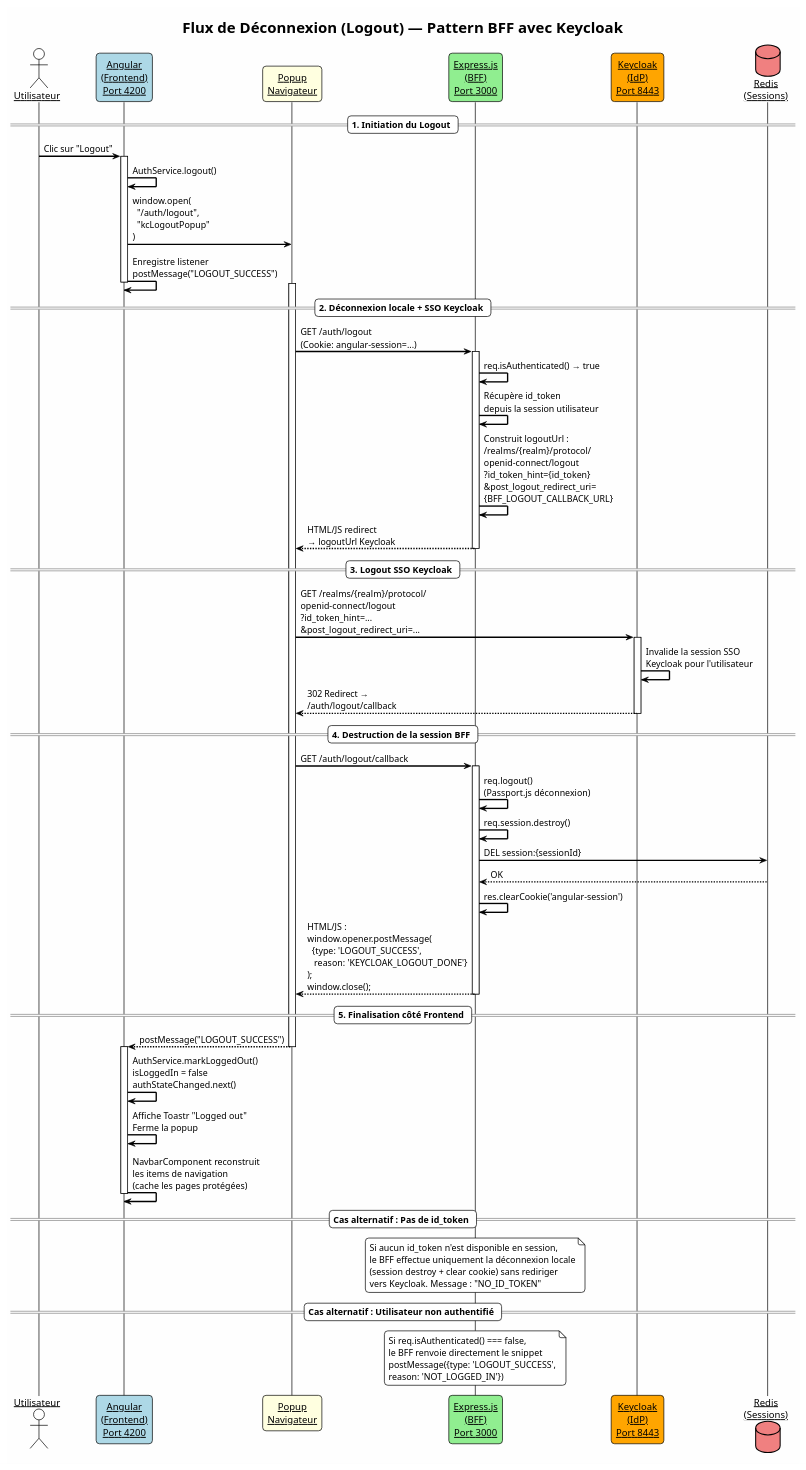
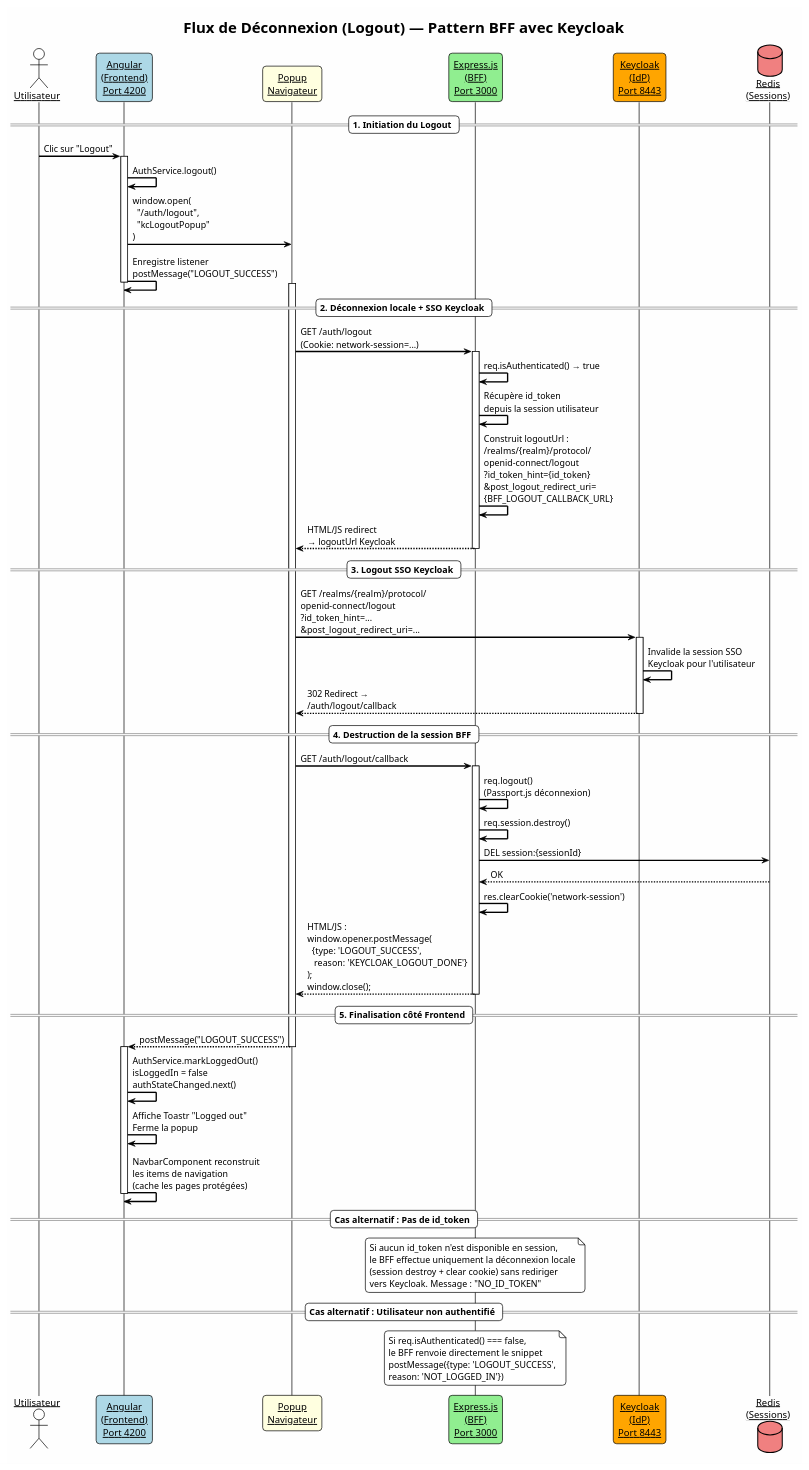
One commit to faliherizo/BFF-COOKIE-HTTPONLY changed the diagram in docs/diagrams/sequence-logout.puml. Above: the diagram before and after it, drawn with PlantUML. The commit also changed 272 other files, not shown here.

```diff
--- a/docs/diagrams/sequence-logout.puml
+++ b/docs/diagrams/sequence-logout.puml
@@ -1,85 +1,85 @@
 @startuml sequence-logout
 !theme plain
 skinparam backgroundColor #FEFEFE
 skinparam sequenceArrowThickness 2
 skinparam roundcorner 10
 skinparam sequenceParticipant underline
 
 title Flux de Déconnexion (Logout) — Pattern BFF avec Keycloak
 
 actor "Utilisateur" as User
 participant "Angular\n(Frontend)\nPort 4200" as FE #LightBlue
 participant "Popup\nNavigateur" as Popup #LightYellow
 participant "Express.js\n(BFF)\nPort 3000" as BFF #LightGreen
 participant "Keycloak\n(IdP)\nPort 8443" as KC #Orange
 database "Redis\n(Sessions)" as Redis #LightCoral
 
 == 1. Initiation du Logout ==
 
 User -> FE : Clic sur "Logout"
 activate FE
 FE -> FE : AuthService.logout()
 FE -> Popup : window.open(\n  "/auth/logout",\n  "kcLogoutPopup"\n)
 FE -> FE : Enregistre listener\npostMessage("LOGOUT_SUCCESS")
 deactivate FE
 
 == 2. Déconnexion locale + SSO Keycloak ==
 
 activate Popup
-Popup -> BFF : GET /auth/logout\n(Cookie: angular-session=...)
+Popup -> BFF : GET /auth/logout\n(Cookie: network-session=...)
 activate BFF
 BFF -> BFF : req.isAuthenticated() → true
 BFF -> BFF : Récupère id_token\ndepuis la session utilisateur
 BFF -> BFF : Construit logoutUrl :\n/realms/{realm}/protocol/\nopenid-connect/logout\n?id_token_hint={id_token}\n&post_logout_redirect_uri=\n{BFF_LOGOUT_CALLBACK_URL}
 BFF --> Popup : HTML/JS redirect\n→ logoutUrl Keycloak
 deactivate BFF
 
 == 3. Logout SSO Keycloak ==
 
 Popup -> KC : GET /realms/{realm}/protocol/\nopenid-connect/logout\n?id_token_hint=...\n&post_logout_redirect_uri=...
 activate KC
 KC -> KC : Invalide la session SSO\nKeycloak pour l'utilisateur
 KC --> Popup : 302 Redirect →\n/auth/logout/callback
 deactivate KC
 
 == 4. Destruction de la session BFF ==
 
 Popup -> BFF : GET /auth/logout/callback
 activate BFF
 BFF -> BFF : req.logout()\n(Passport.js déconnexion)
 BFF -> BFF : req.session.destroy()
 BFF -> Redis : DEL session:{sessionId}
 Redis --> BFF : OK
-BFF -> BFF : res.clearCookie('angular-session')
+BFF -> BFF : res.clearCookie('network-session')
 BFF --> Popup : HTML/JS :\nwindow.opener.postMessage(\n  {type: 'LOGOUT_SUCCESS',\n   reason: 'KEYCLOAK_LOGOUT_DONE'}\n);\nwindow.close();
 deactivate BFF
 
 == 5. Finalisation côté Frontend ==
 
 Popup --> FE : postMessage("LOGOUT_SUCCESS")
 deactivate Popup
 activate FE
 FE -> FE : AuthService.markLoggedOut()\nisLoggedIn = false\nauthStateChanged.next()
 FE -> FE : Affiche Toastr "Logged out"\nFerme la popup
 FE -> FE : NavbarComponent reconstruit\nles items de navigation\n(cache les pages protégées)
 deactivate FE
 
 == Cas alternatif : Pas de id_token ==
 
 note over BFF
   Si aucun id_token n'est disponible en session,
   le BFF effectue uniquement la déconnexion locale
   (session destroy + clear cookie) sans rediriger
   vers Keycloak. Message : "NO_ID_TOKEN"
 end note
 
 == Cas alternatif : Utilisateur non authentifié ==
 
 note over BFF
   Si req.isAuthenticated() === false,
   le BFF renvoie directement le snippet
   postMessage({type: 'LOGOUT_SUCCESS',
   reason: 'NOT_LOGGED_IN'})
 end note
 
 @enduml
```
